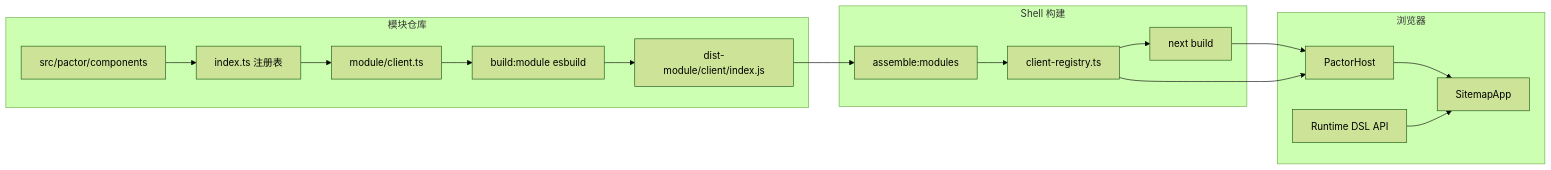
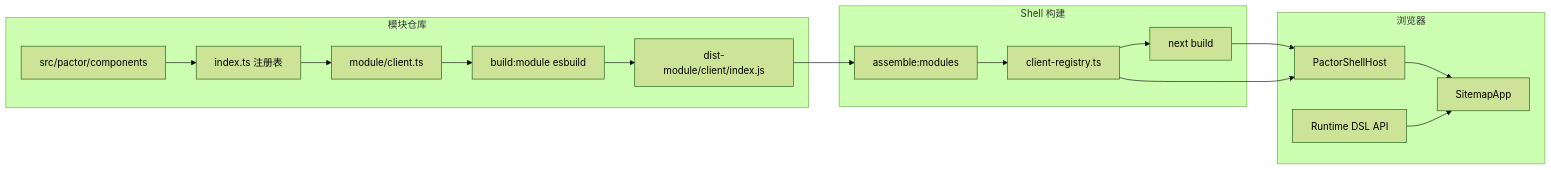
One commit to innospots/pactor changed the diagram in starters/apps-shell-starter/web-shell/README.md. Above: the diagram before and after it, drawn with Mermaid (forest theme). The commit also changed other lines of this file and 6 other files, not shown here.

````diff
--- a/starters/apps-shell-starter/web-shell/README.md
+++ b/starters/apps-shell-starter/web-shell/README.md
@@ -228,26 +228,26 @@
 ```mermaid
 flowchart LR
   subgraph module_repo [模块仓库]
     TSX[src/pactor/components]
     REG[index.ts 注册表]
     CE[module/client.ts]
     BM[build:module esbuild]
     DM[dist-module/client/index.js]
     TSX --> REG --> CE --> BM --> DM
   end
   subgraph shell_build [Shell 构建]
     ASM[assemble:modules]
     CR[client-registry.ts]
     NB[next build]
     DM --> ASM --> CR --> NB
   end
   subgraph runtime [浏览器]
-    PH[PactorHost]
+    PH[PactorShellHost]
     SA[SitemapApp]
     DSL[Runtime DSL API]
     NB --> PH
     CR --> PH
     PH --> SA
     DSL --> SA
   end
 ```
````
